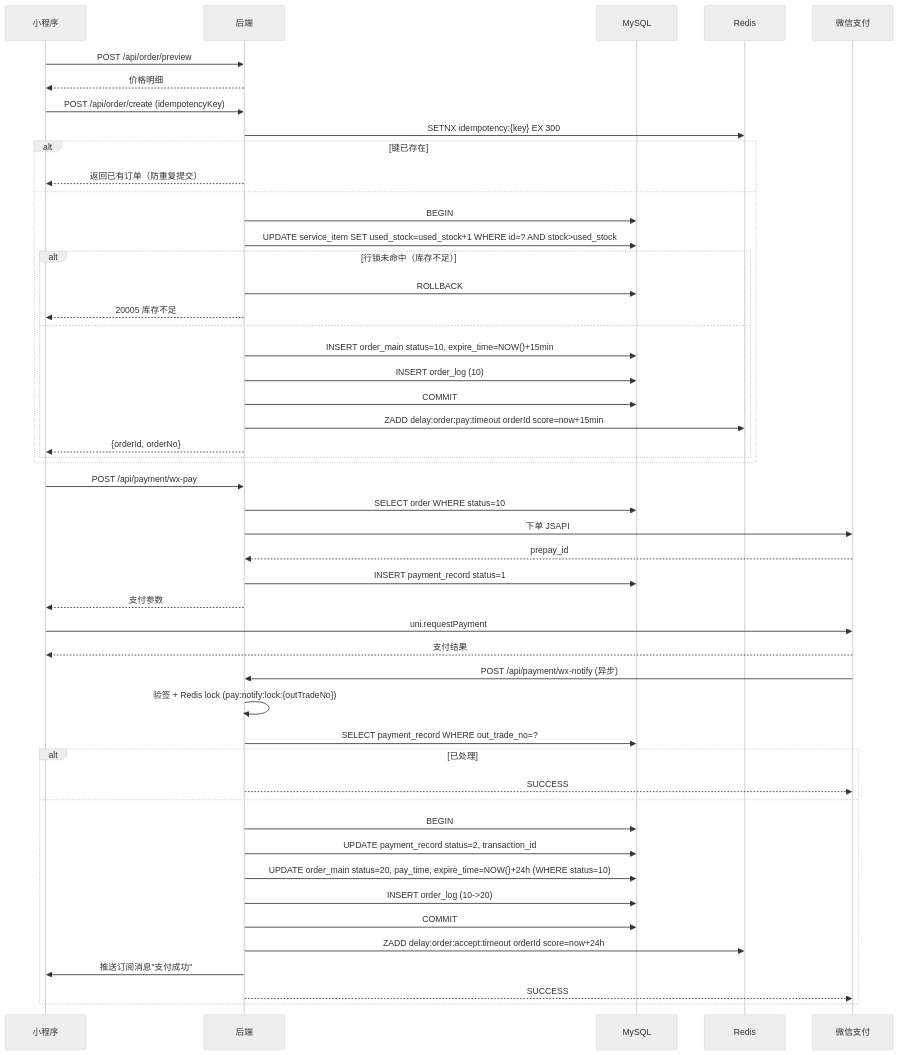
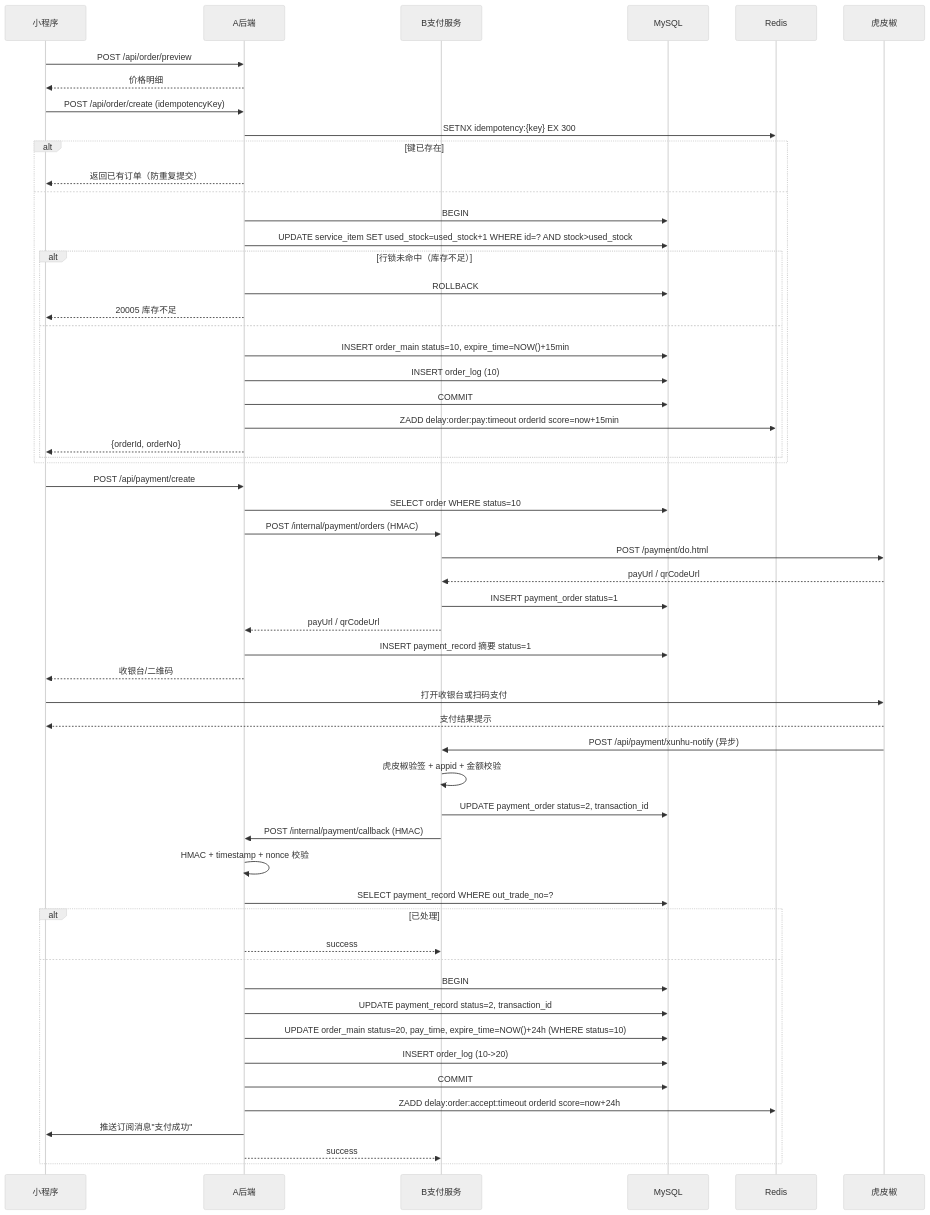
The sixth of 15 diagrams in docs/06-核心业务流程.md (wan300/jijiang), drawn with Mermaid (neutral theme) before and after one commit. The commit also changed other lines of this file and 91 other files, not shown here.

````diff
--- a/docs/06-核心业务流程.md
+++ b/docs/06-核心业务流程.md
@@ -243,55 +243,62 @@
 ```mermaid
 sequenceDiagram
     participant FE as 小程序
-    participant BE as 后端
+    participant BE as A后端
+    participant PS as B支付服务
     participant DB as MySQL
     participant R as Redis
-    participant WXP as 微信支付
+    participant XHP as 虎皮椒
 
     FE->>BE: POST /api/order/preview
     BE-->>FE: 价格明细
     FE->>BE: POST /api/order/create (idempotencyKey)
     BE->>R: SETNX idempotency:{key} EX 300
     alt 键已存在
         BE-->>FE: 返回已有订单（防重复提交）
     else
         BE->>DB: BEGIN
         BE->>DB: UPDATE service_item SET used_stock=used_stock+1 WHERE id=? AND stock>used_stock
         alt 行锁未命中（库存不足）
             BE->>DB: ROLLBACK
             BE-->>FE: 20005 库存不足
         else
             BE->>DB: INSERT order_main status=10, expire_time=NOW()+15min
             BE->>DB: INSERT order_log (10)
             BE->>DB: COMMIT
             BE->>R: ZADD delay:order:pay:timeout orderId score=now+15min
             BE-->>FE: {orderId, orderNo}
         end
     end
 
-    FE->>BE: POST /api/payment/wx-pay
+    FE->>BE: POST /api/payment/create
     BE->>DB: SELECT order WHERE status=10
-    BE->>WXP: 下单 JSAPI
-    WXP-->>BE: prepay_id
-    BE->>DB: INSERT payment_record status=1
-    BE-->>FE: 支付参数
+    BE->>PS: POST /internal/payment/orders (HMAC)
+    PS->>XHP: POST /payment/do.html
+    XHP-->>PS: payUrl / qrCodeUrl
+    PS->>DB: INSERT payment_order status=1
+    PS-->>BE: payUrl / qrCodeUrl
+    BE->>DB: INSERT payment_record 摘要 status=1
+    BE-->>FE: 收银台/二维码
 
-    FE->>WXP: uni.requestPayment
-    WXP-->>FE: 支付结果
+    FE->>XHP: 打开收银台或扫码支付
+    XHP-->>FE: 支付结果提示
 
-    WXP->>BE: POST /api/payment/wx-notify (异步)
-    BE->>BE: 验签 + Redis lock (pay:notify:lock:{outTradeNo})
+    XHP->>PS: POST /api/payment/xunhu-notify (异步)
+    PS->>PS: 虎皮椒验签 + appid + 金额校验
+    PS->>DB: UPDATE payment_order status=2, transaction_id
+    PS->>BE: POST /internal/payment/callback (HMAC)
+    BE->>BE: HMAC + timestamp + nonce 校验
     BE->>DB: SELECT payment_record WHERE out_trade_no=?
     alt 已处理
-        BE-->>WXP: SUCCESS
+        BE-->>PS: success
     else
         BE->>DB: BEGIN
         BE->>DB: UPDATE payment_record status=2, transaction_id
         BE->>DB: UPDATE order_main status=20, pay_time, expire_time=NOW()+24h (WHERE status=10)
         BE->>DB: INSERT order_log (10->20)
         BE->>DB: COMMIT
         BE->>R: ZADD delay:order:accept:timeout orderId score=now+24h
         BE->>FE: 推送订阅消息"支付成功"
-        BE-->>WXP: SUCCESS
+        BE-->>PS: success
     end
 ```
````
